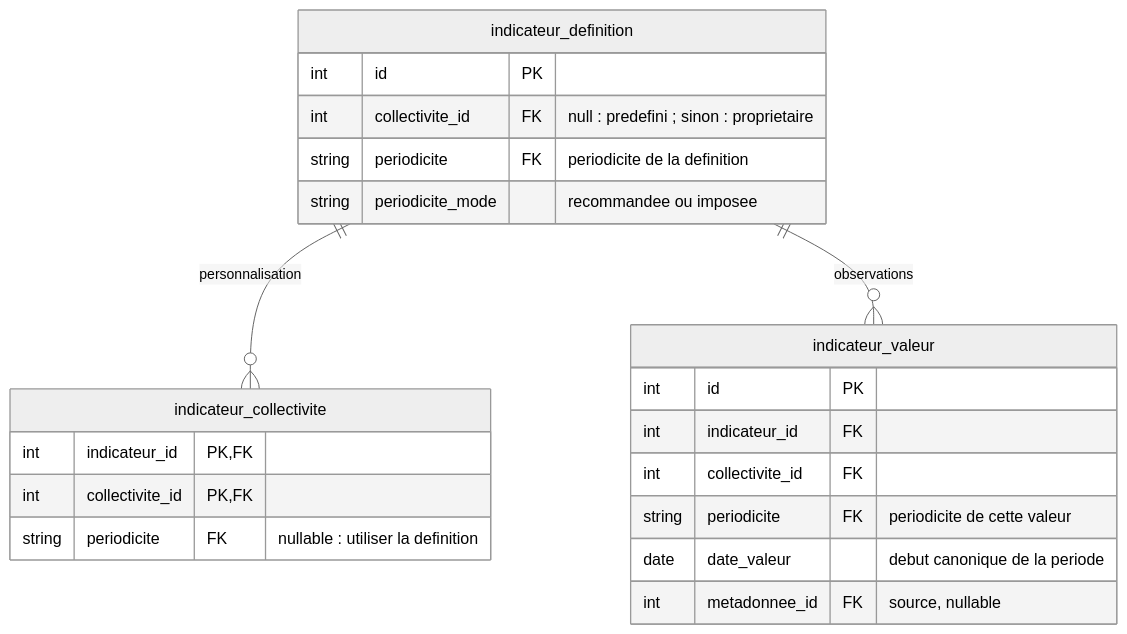
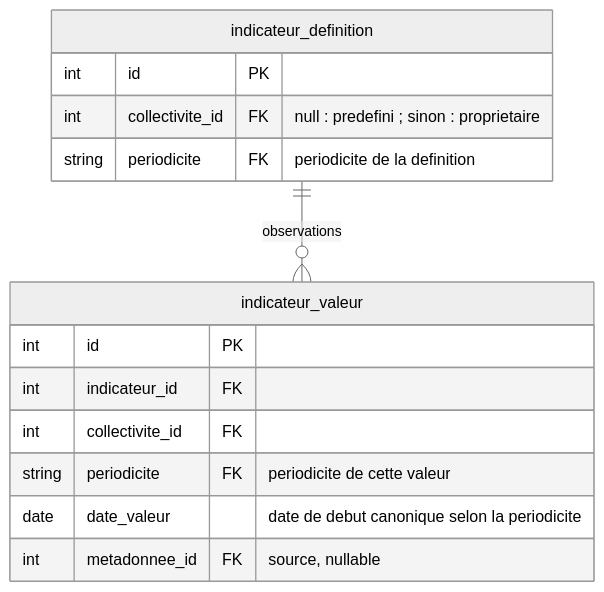
The first of 2 diagrams in doc/adr/0018-periodicite-des-indicateurs.md (incubateur-ademe/territoires-en-transitions), drawn with Mermaid (neutral theme) before and after one commit. The commit also changed other lines of this file and 4 other files, not shown here.

````diff
--- a/doc/adr/0018-periodicite-des-indicateurs.md
+++ b/doc/adr/0018-periodicite-des-indicateurs.md
@@ -78,25 +92,18 @@
 ```mermaid
 erDiagram
-    indicateur_definition ||--o{ indicateur_collectivite : personnalisation
     indicateur_definition ||--o{ indicateur_valeur : observations
 
     indicateur_definition {
         int id PK
         int collectivite_id FK "null : predefini ; sinon : proprietaire"
         string periodicite FK "periodicite de la definition"
-        string periodicite_mode "recommandee ou imposee"
-    }
-    indicateur_collectivite {
-        int indicateur_id PK, FK
-        int collectivite_id PK, FK
-        string periodicite FK "nullable : utiliser la definition"
     }
     indicateur_valeur {
         int id PK
         int indicateur_id FK
         int collectivite_id FK
         string periodicite FK "periodicite de cette valeur"
-        date date_valeur "debut canonique de la periode"
+        date date_valeur "date de debut canonique selon la periodicite"
         int metadonnee_id FK "source, nullable"
     }
 ```
````
